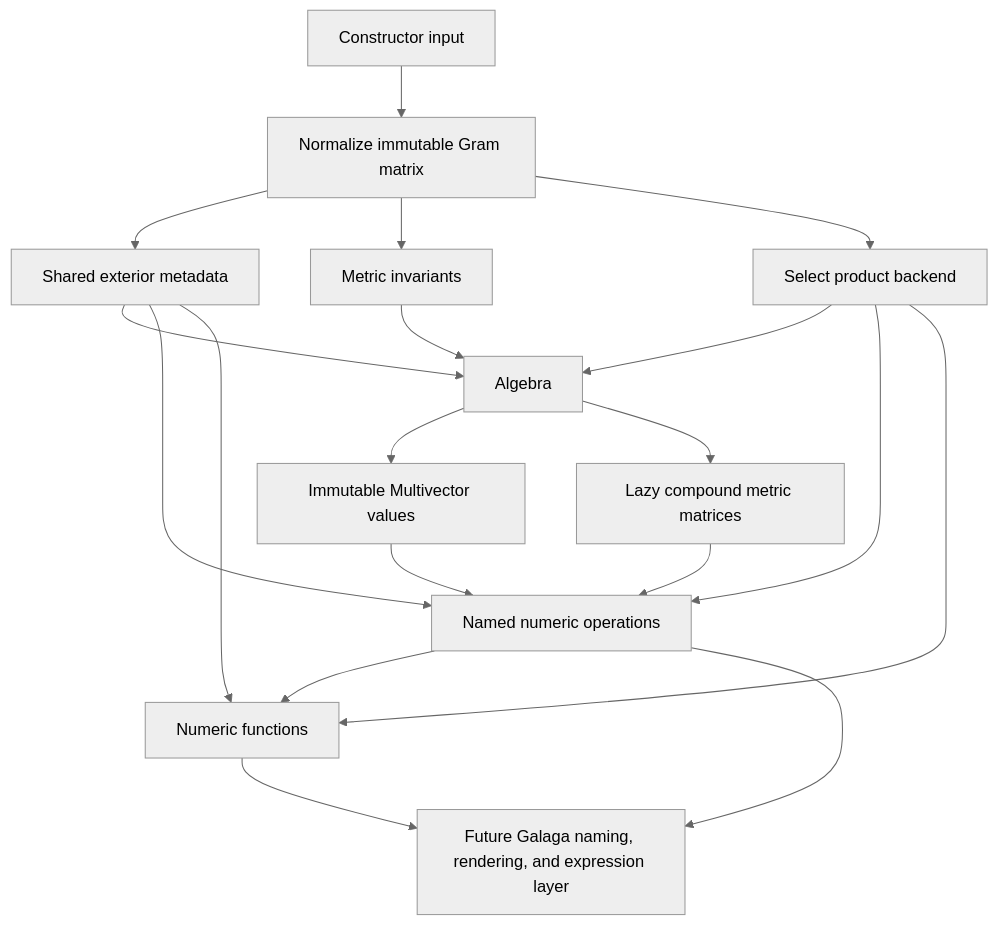
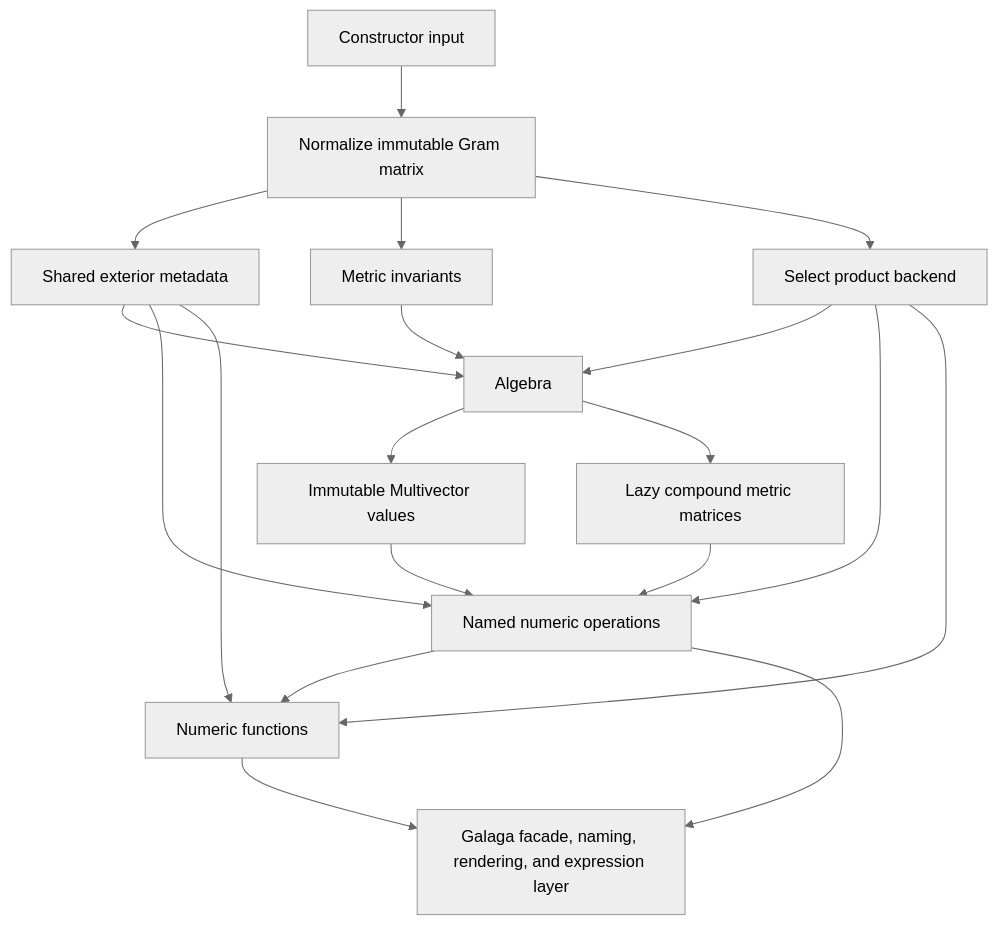
Before and after one commit to edouardp/galaga: the diagram in docs/core/architecture.md, drawn with Mermaid (neutral theme). The commit also changed 49 other files, not shown here.

````diff
--- a/docs/core/architecture.md
+++ b/docs/core/architecture.md
@@ -10,21 +10,21 @@
 ```mermaid
 flowchart TD
     C[Constructor input] --> N[Normalize immutable Gram matrix]
     N --> M[Shared exterior metadata]
     N --> I[Metric invariants]
     N --> B[Select product backend]
     M --> A[Algebra]
     I --> A
     B --> A
     A --> V[Immutable Multivector values]
     V --> O[Named numeric operations]
     B --> O
     M --> O
     O --> T[Numeric functions]
     B --> T
     M --> T
     A --> D[Lazy compound metric matrices]
     D --> O
-    O --> F[Future Galaga naming, rendering, and expression layer]
+    O --> F[Galaga facade, naming, rendering, and expression layer]
     T --> F
 ```
````
